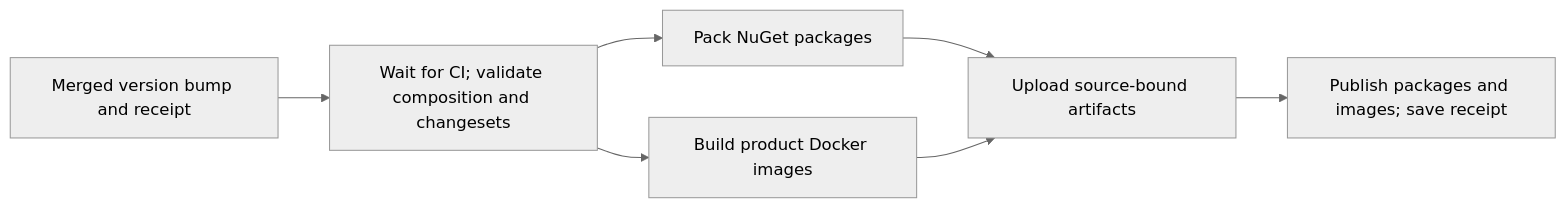
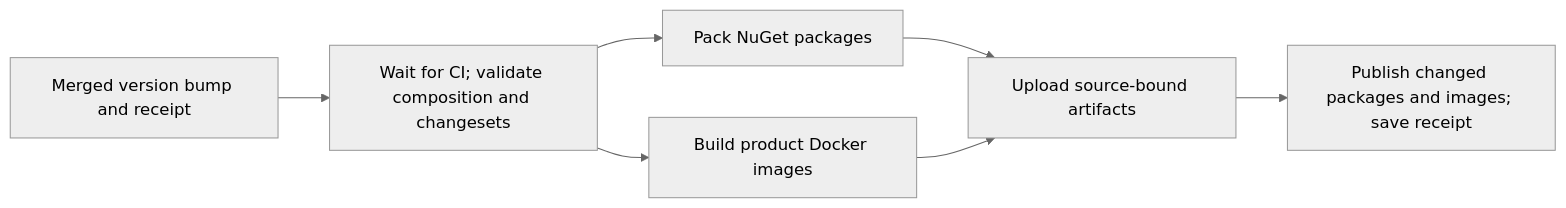
One commit to sabbour/agentweaver changed the first of 2 diagrams in releases/README.md. Above: the diagram before and after it, drawn with Mermaid (neutral theme). The commit also changed other lines of this file and 15 other files, not shown here.

````diff
--- a/releases/README.md
+++ b/releases/README.md
@@ -482,9 +484,9 @@
 ```mermaid
 flowchart LR
   Bump["Merged version bump and receipt"] --> Validate["Wait for CI; validate composition and changesets"]
   Validate --> Packages["Pack NuGet packages"]
   Validate --> Images["Build product Docker images"]
   Packages --> Artifacts["Upload source-bound artifacts"]
   Images --> Artifacts
-  Artifacts --> Publish["Publish packages and images; save receipt"]
+  Artifacts --> Publish["Publish changed packages and images; save receipt"]
 ```
````
